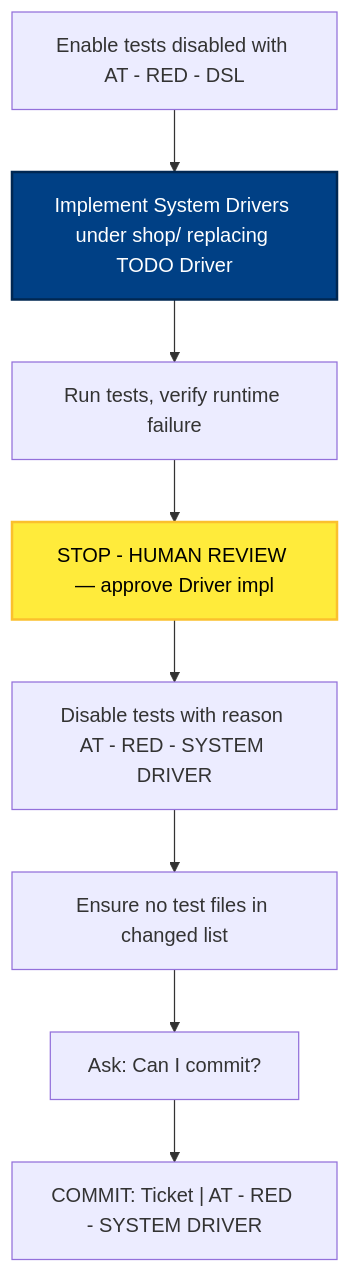
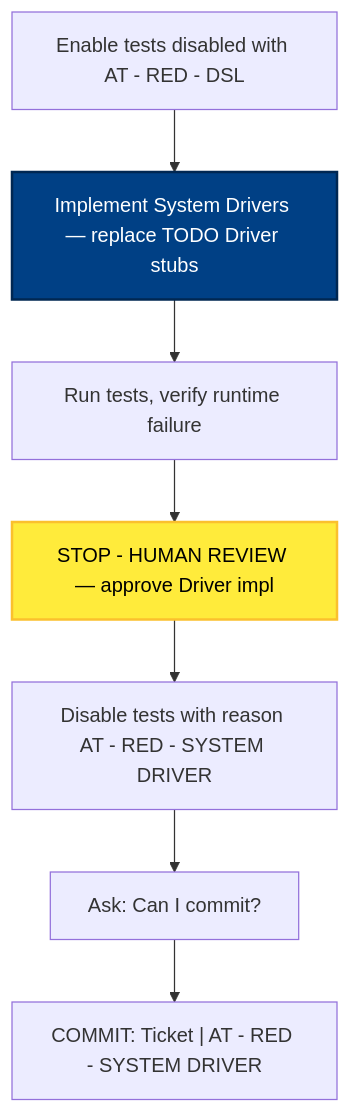
The third of 8 diagrams in docs/atdd/process/diagram-phase-details.md (optivem/starter), drawn with Mermaid before and after one commit. The commit also changed other lines of this file and 2 other files, not shown here.

````diff
--- a/docs/atdd/process/diagram-phase-details.md
+++ b/docs/atdd/process/diagram-phase-details.md
@@ -90,24 +90,22 @@
 ```mermaid
 flowchart TD
-    ENABLE["Enable tests disabled with AT - RED - DSL"]
-    IMPL[Implement System Drivers under shop/ replacing TODO Driver]
+    ENABLE[Enable tests disabled with AT - RED - DSL]
+    IMPL[Implement System Drivers — replace TODO Driver stubs]
     RUN[Run tests, verify runtime failure]
-    STOP_WRITE["STOP - HUMAN REVIEW — approve Driver impl"]
-    DISABLE["Disable tests with reason AT - RED - SYSTEM DRIVER"]
-    NO_TEST_FILES[Ensure no test files in changed list]
+    STOP_WRITE[STOP - HUMAN REVIEW — approve Driver impl]
+    DISABLE[Disable tests with reason AT - RED - SYSTEM DRIVER]
     ASK_COMMIT["Ask: Can I commit?"]
     COMMIT["COMMIT: Ticket | AT - RED - SYSTEM DRIVER"]
 
     ENABLE --> IMPL
     IMPL --> RUN
     RUN --> STOP_WRITE
     STOP_WRITE --> DISABLE
-    DISABLE --> NO_TEST_FILES
-    NO_TEST_FILES --> ASK_COMMIT
+    DISABLE --> ASK_COMMIT
     ASK_COMMIT --> COMMIT
 
     classDef effortNode fill:#004085,stroke:#002752,stroke-width:2px,color:#ffffff
     class IMPL effortNode
     classDef humanReviewNode fill:#ffeb3b,stroke:#fbc02d,stroke-width:2px,color:#000
     class STOP_WRITE humanReviewNode
 ```
````
